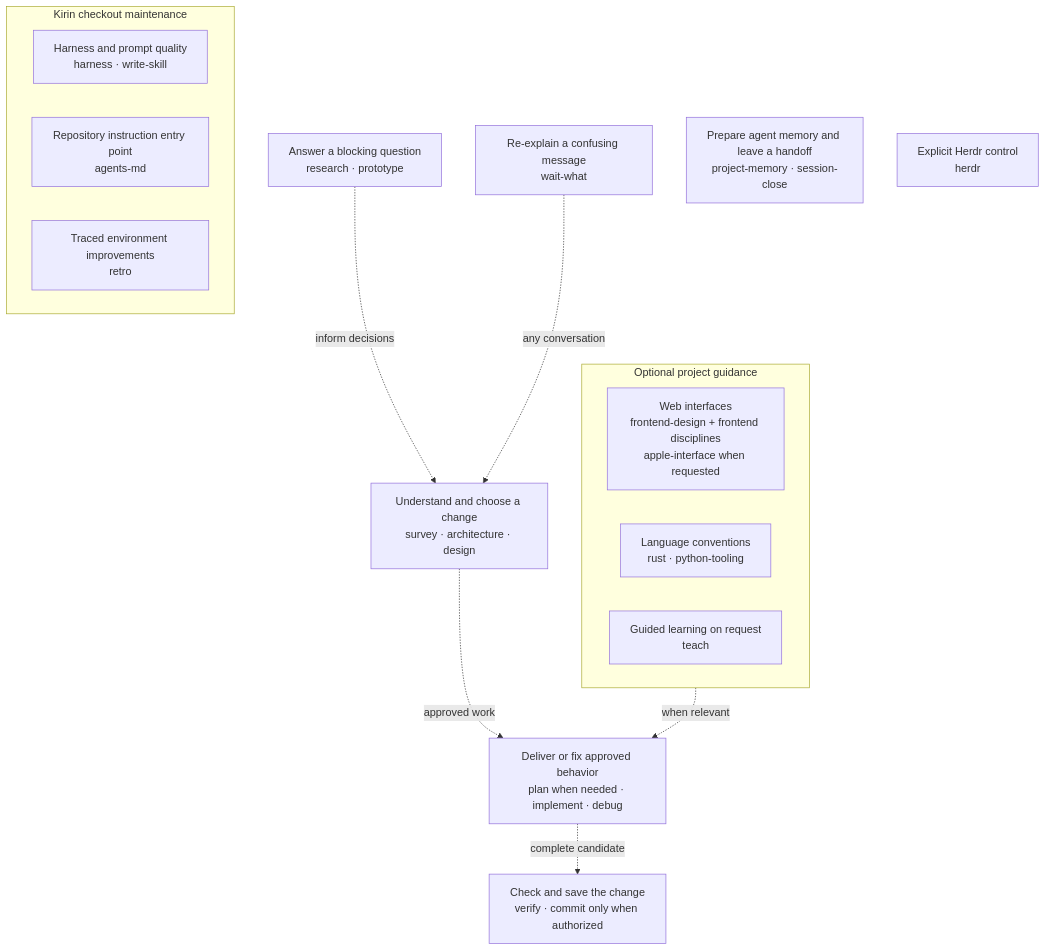
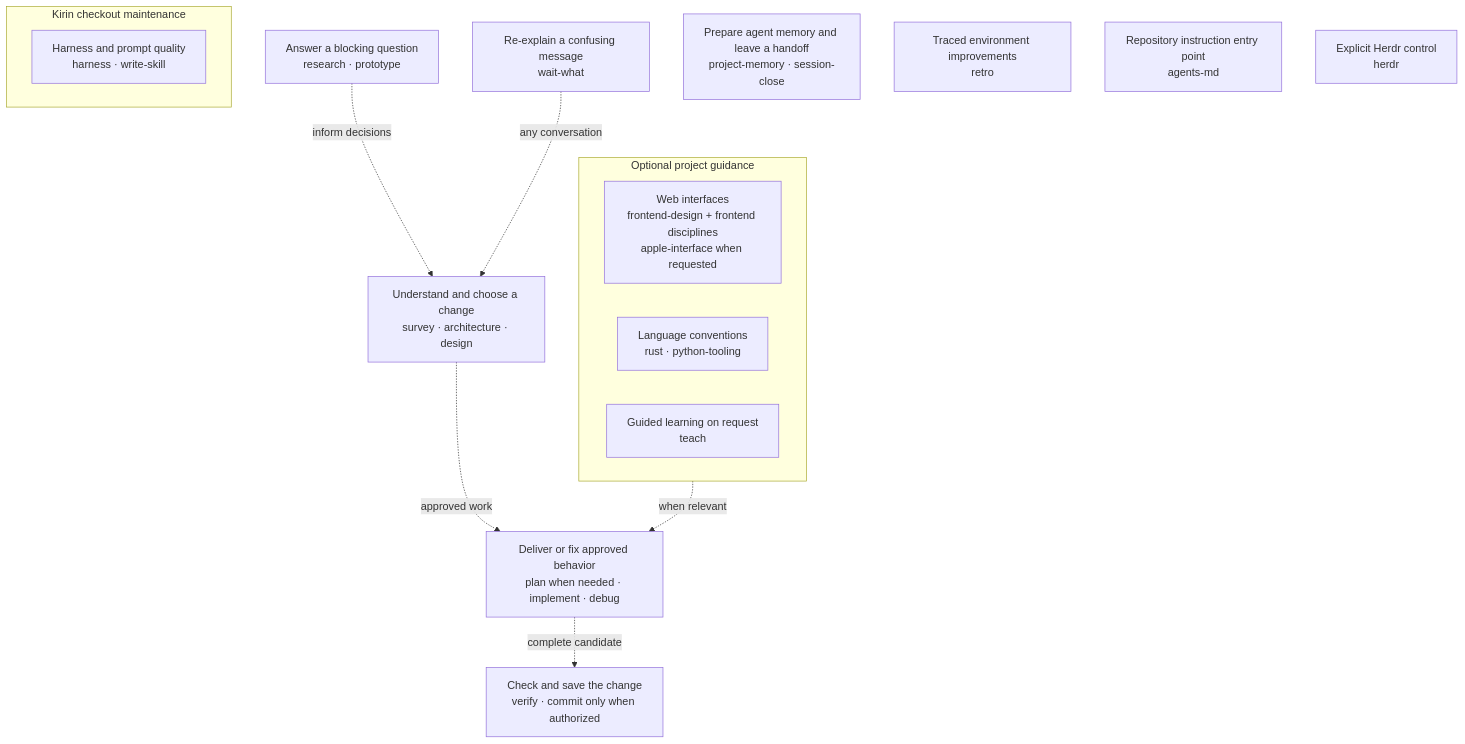
One commit to bryan824/kirin-pi changed the second of 2 diagrams in README.md. Above: the diagram before and after it, drawn with Mermaid. The commit also changed other lines of this file and 4 other files, not shown here.

````diff
--- a/README.md
+++ b/README.md
@@ -64,27 +64,27 @@
 ```mermaid
 flowchart TB
   discover["Understand and choose a change<br/>survey · architecture · design"]
   evidence["Answer a blocking question<br/>research · prototype"]
   build["Deliver or fix approved behavior<br/>plan when needed · implement · debug"]
   review["Check and save the change<br/>verify · commit only when authorized"]
   clarity["Re-explain a confusing message<br/>wait-what"]
   memory["Prepare agent memory and leave a handoff<br/>project-memory · session-close"]
+  retro["Traced environment improvements<br/>retro"]
+  continuity["Repository instruction entry point<br/>agents-md"]
   evidence -. "inform decisions" .-> discover
   discover -. "approved work" .-> build
   build -. "complete candidate" .-> review
   clarity -. "any conversation" .-> discover
 
   subgraph domain["Optional project guidance"]
     web["Web interfaces<br/>frontend-design + frontend disciplines<br/>apple-interface when requested"]
     language["Language conventions<br/>rust · python-tooling"]
     learning["Guided learning on request<br/>teach"]
   end
   domain -. "when relevant" .-> build
 
   subgraph maintenance["Kirin checkout maintenance"]
     shape["Harness and prompt quality<br/>harness · write-skill"]
-    continuity["Repository instruction entry point<br/>agents-md"]
-    retro["Traced environment improvements<br/>retro"]
   end
   control["Explicit Herdr control<br/>herdr"]
 ```
````
